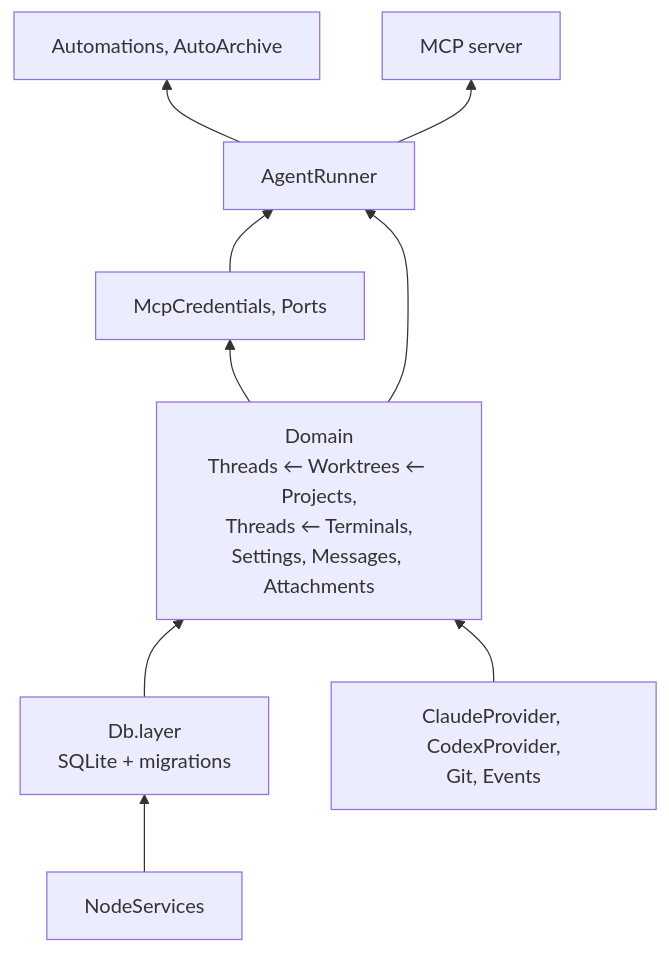
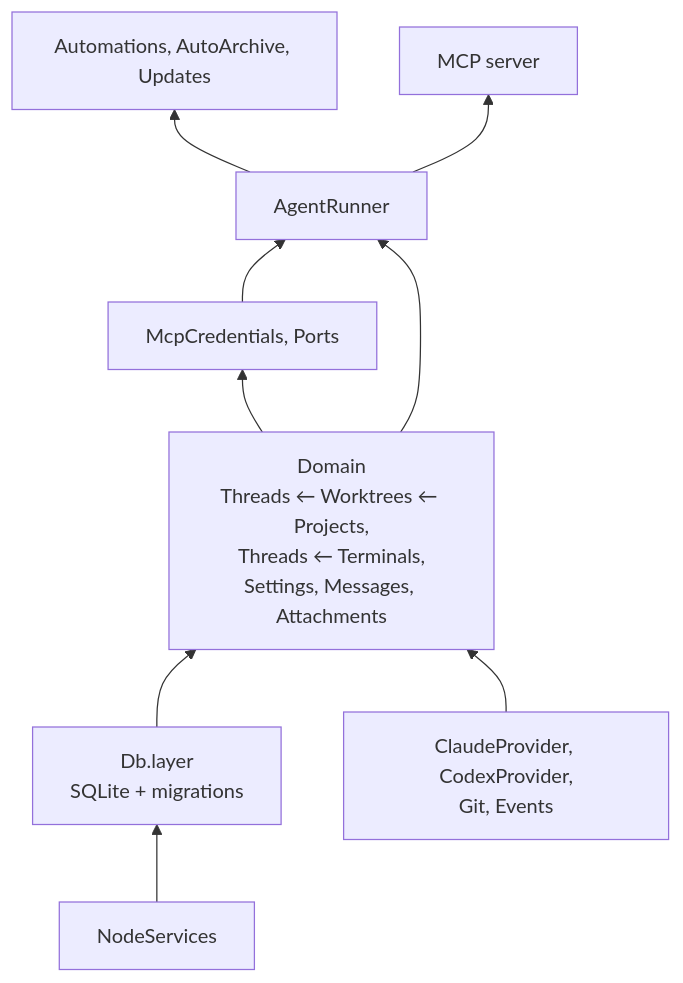
Before and after one commit to hinadev-ai/hinacode: the third of 16 diagrams in docs/arch.md, drawn with Mermaid. The commit also changed other lines of this file and 3 other files, not shown here.

````diff
--- a/docs/arch.md
+++ b/docs/arch.md
@@ -72,18 +72,18 @@
 ```mermaid
 flowchart BT
   node["NodeServices"]
   db["Db.layer<br/>SQLite + migrations"]
   infra["ClaudeProvider, CodexProvider,<br/>Git, Events"]
   domain["Domain<br/>Threads ← Worktrees ← Projects,<br/>Threads ← Terminals,<br/>Settings, Messages, Attachments"]
   features["McpCredentials, Ports"]
   runner["AgentRunner"]
-  autos["Automations, AutoArchive"]
+  autos["Automations, AutoArchive, Updates"]
   mcp["MCP server"]
 
   node --> db --> domain
   infra --> domain
   domain --> features --> runner
   domain --> runner
   runner --> autos
   runner --> mcp
 ```
````
